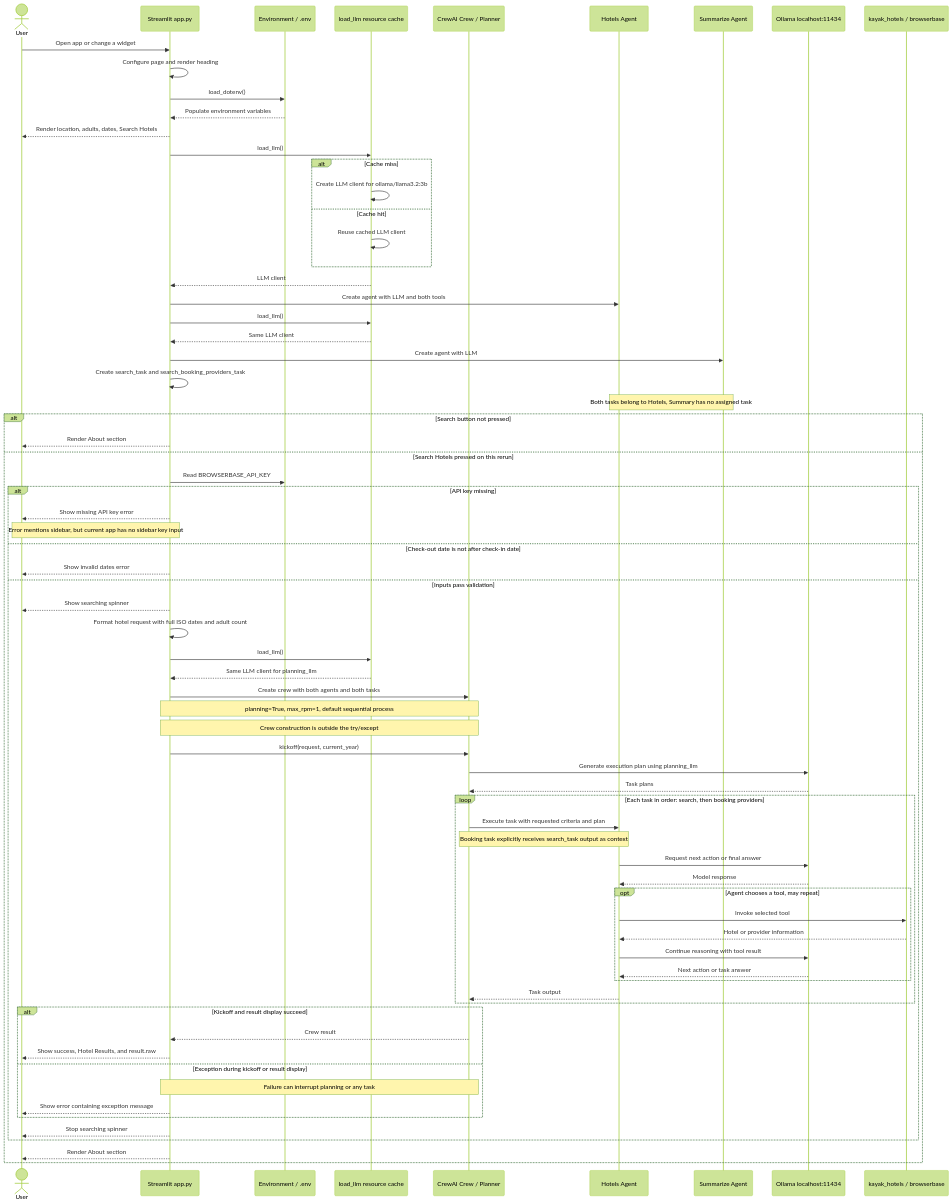
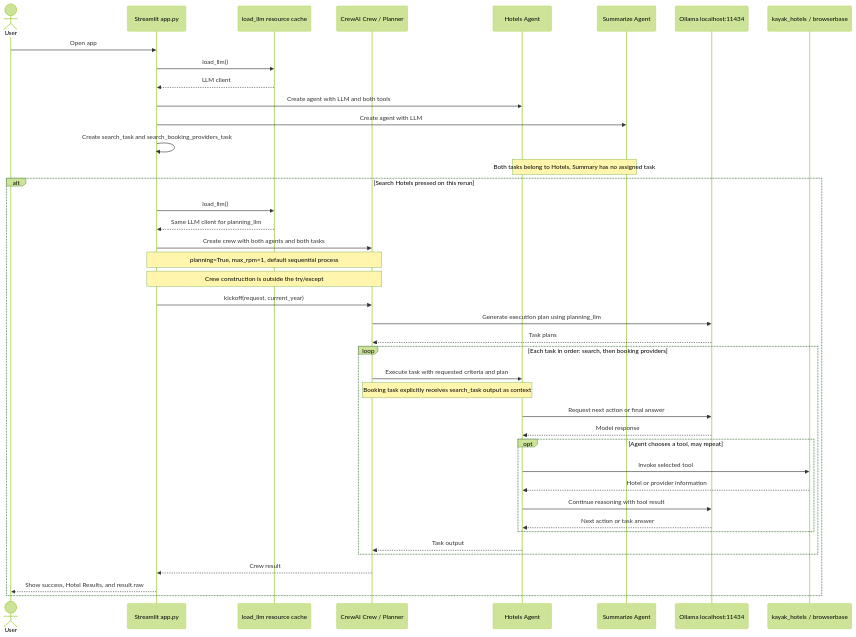
The diagram in AI-Agents-The-Illustrated-GuideBook/3.AI Agents Projects/6.Multi-agent Hotel Finder.md (mkader/AI-Agents), drawn with Mermaid (forest theme) before and after one commit.

Commit message:
Update 6.Multi-agent Hotel Finder.md

````diff
--- a/AI-Agents-The-Illustrated-GuideBook/3.AI Agents Projects/6.Multi-agent Hotel Finder.md
+++ b/AI-Agents-The-Illustrated-GuideBook/3.AI Agents Projects/6.Multi-agent Hotel Finder.md
@@ -18,76 +18,45 @@
 ```mermaid
 sequenceDiagram
     actor User
     participant App as Streamlit app.py
-    participant Env as Environment / .env
     participant Cache as load_llm resource cache
     participant Crew as CrewAI Crew / Planner
     participant Hotels as Hotels Agent
     participant Summary as Summarize Agent
     participant Ollama as Ollama localhost:11434
     participant Tools as kayak_hotels / browserbase
 
-    User->>App: Open app or change a widget
-    App->>App: Configure page and render heading
-    App->>Env: load_dotenv()
-    Env-->>App: Populate environment variables
-    App-->>User: Render location, adults, dates, Search Hotels
+    User->>App: Open app
     App->>Cache: load_llm()
-    alt Cache miss
-        Cache->>Cache: Create LLM client for ollama/llama3.2:3b
-    else Cache hit
-        Cache->>Cache: Reuse cached LLM client
-    end
     Cache-->>App: LLM client
     App->>Hotels: Create agent with LLM and both tools
-    App->>Cache: load_llm()
-    Cache-->>App: Same LLM client
     App->>Summary: Create agent with LLM
     App->>App: Create search_task and search_booking_providers_task
     Note over Hotels,Summary: Both tasks belong to Hotels, Summary has no assigned task
 
-    alt Search button not pressed
-        App-->>User: Render About section
-    else Search Hotels pressed on this rerun
-        App->>Env: Read BROWSERBASE_API_KEY
-        alt API key missing
-            App-->>User: Show missing API key error
-            Note over User,App: Error mentions sidebar, but current app has no sidebar key input
-        else Check-out date is not after check-in date
-            App-->>User: Show invalid dates error
-        else Inputs pass validation
-            App-->>User: Show searching spinner
-            App->>App: Format hotel request with full ISO dates and adult count
-            App->>Cache: load_llm()
-            Cache-->>App: Same LLM client for planning_llm
-            App->>Crew: Create crew with both agents and both tasks
-            Note over App,Crew: planning=True, max_rpm=1, default sequential process
-            Note over App,Crew: Crew construction is outside the try/except
-            App->>Crew: kickoff(request, current_year)
-            Crew->>Ollama: Generate execution plan using planning_llm
-            Ollama-->>Crew: Task plans
-            loop Each task in order: search, then booking providers
-                Crew->>Hotels: Execute task with requested criteria and plan
-                Note over Crew,Hotels: Booking task explicitly receives search_task output as context
-                Hotels->>Ollama: Request next action or final answer
-                Ollama-->>Hotels: Model response
-                opt Agent chooses a tool, may repeat
-                    Hotels->>Tools: Invoke selected tool
-                    Tools-->>Hotels: Hotel or provider information
-                    Hotels->>Ollama: Continue reasoning with tool result
-                    Ollama-->>Hotels: Next action or task answer
-                end
-                Hotels-->>Crew: Task output
+    alt Search Hotels pressed on this rerun
+        App->>Cache: load_llm()
+        Cache-->>App: Same LLM client for planning_llm
+        App->>Crew: Create crew with both agents and both tasks
+        Note over App,Crew: planning=True, max_rpm=1, default sequential process
+        Note over App,Crew: Crew construction is outside the try/except
+        App->>Crew: kickoff(request, current_year)
+        Crew->>Ollama: Generate execution plan using planning_llm
+        Ollama-->>Crew: Task plans
+        loop Each task in order: search, then booking providers
+            Crew->>Hotels: Execute task with requested criteria and plan
+            Note over Crew,Hotels: Booking task explicitly receives search_task output as context
+            Hotels->>Ollama: Request next action or final answer
+            Ollama-->>Hotels: Model response
+            opt Agent chooses a tool, may repeat
+                Hotels->>Tools: Invoke selected tool
+                Tools-->>Hotels: Hotel or provider information
+                Hotels->>Ollama: Continue reasoning with tool result
+                Ollama-->>Hotels: Next action or task answer
             end
-            alt Kickoff and result display succeed
-                Crew-->>App: Crew result
-                App-->>User: Show success, Hotel Results, and result.raw
-            else Exception during kickoff or result display
-                Note over App,Crew: Failure can interrupt planning or any task
-                App-->>User: Show error containing exception message
-            end
-            App-->>User: Stop searching spinner
+            Hotels-->>Crew: Task output
         end
-        App-->>User: Render About section
+        Crew-->>App: Crew result
+        App-->>User: Show success, Hotel Results, and result.raw
     end
 ```
````
